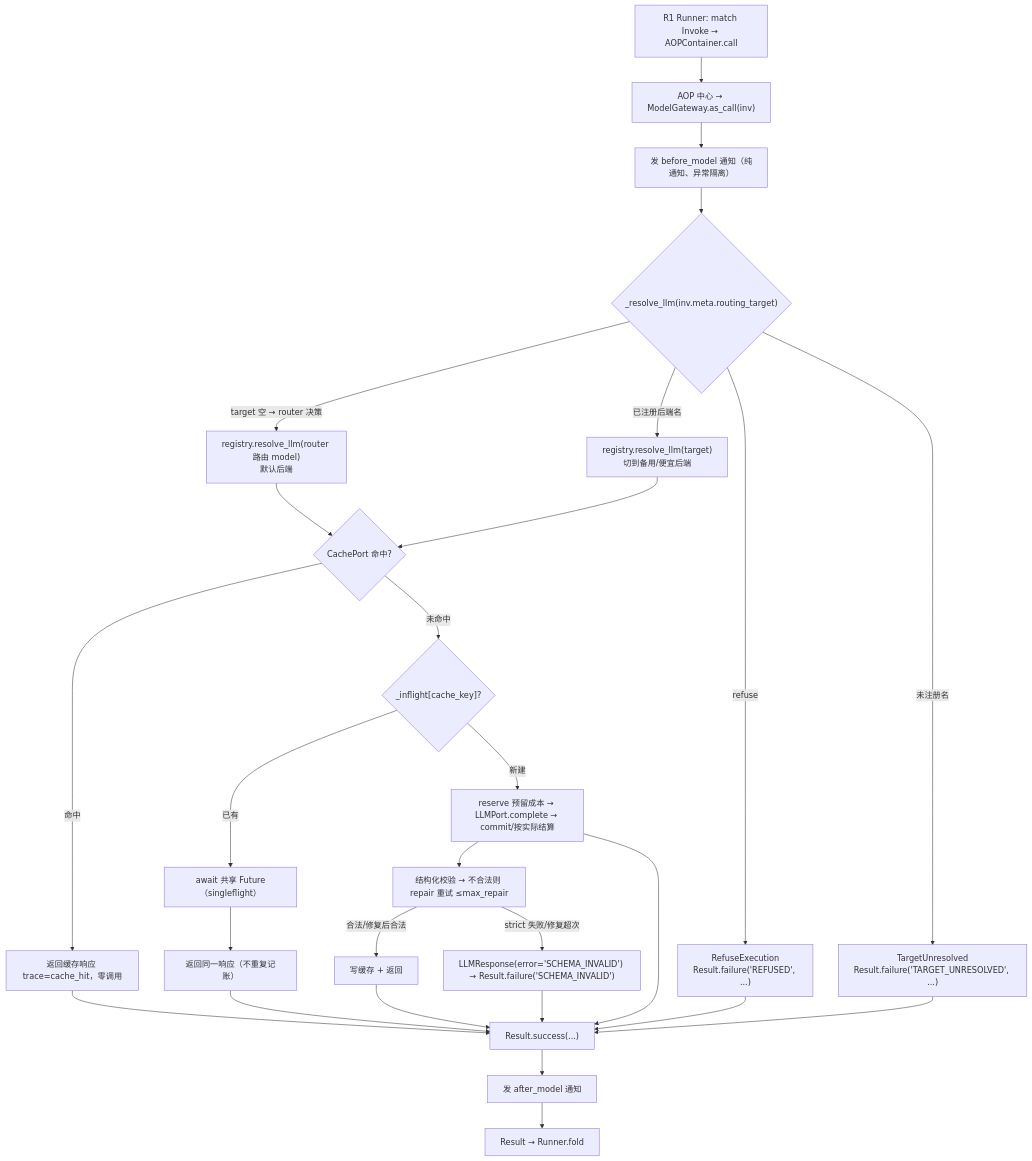
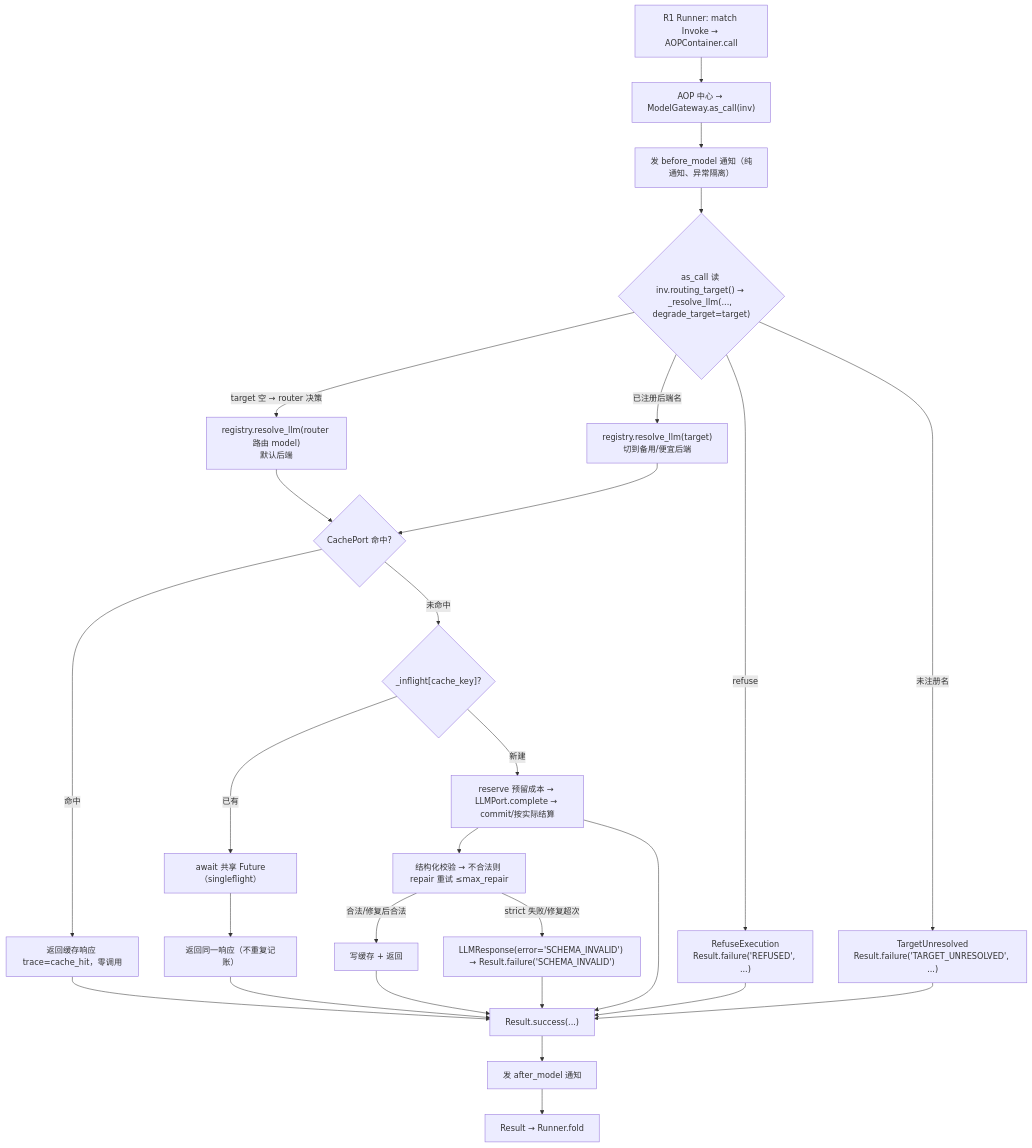
Before and after one commit to sao-lang/lll: the diagram in docs/02-模块详设/Agent/R4-模型与推理.md, drawn with Mermaid. The commit also changed other lines of this file and 32 other files, not shown here.

First line of the commit message:
fix(all): R1-R7 设计审查修复与链路图全量校准

````diff
--- a/docs/02-模块详设/Agent/R4-模型与推理.md
+++ b/docs/02-模块详设/Agent/R4-模型与推理.md
@@ -86,29 +86,29 @@
 ```mermaid
 flowchart TD
     A["R1 Runner: match Invoke → AOPContainer.call"] --> B["AOP 中心 → ModelGateway.as_call(inv)"]
     B --> BEFORE["发 before_model 通知（纯通知、异常隔离）"]
-    BEFORE --> T{"_resolve_llm(inv.meta.routing_target)"}
+    BEFORE --> T{"as_call 读 inv.routing_target() → _resolve_llm(..., degrade_target=target)"}
     T -->|"target 空 → router 决策"| H["registry.resolve_llm(router 路由 model)<br/>默认后端"]
     T -->|"已注册后端名"| I["registry.resolve_llm(target)<br/>切到备用/便宜后端"]
     T -->|"refuse"| J["RefuseExecution<br/>Result.failure('REFUSED', ...)"]
     T -->|"未注册名"| K["TargetUnresolved<br/>Result.failure('TARGET_UNRESOLVED', ...)"]
     H --> L{"CachePort 命中?"}
     I --> L
     L -->|命中| M["返回缓存响应 trace=cache_hit，零调用"]
     L -->|未命中| SF{"_inflight[cache_key]?"}
     SF -->|已有| WAIT["await 共享 Future（singleflight）"]
     SF -->|新建| M2["reserve 预留成本 → LLMPort.complete → commit/按实际结算"]
     M2 --> O["结构化校验 → 不合法则 repair 重试 ≤max_repair"]
     WAIT --> R["返回同一响应（不重复记账）"]
     O -->|合法/修复后合法| P["写缓存 + 返回"]
     O -->|"strict 失败/修复超次"| Q["LLMResponse(error='SCHEMA_INVALID') → Result.failure('SCHEMA_INVALID')"]
     M --> R2["Result.success(...)"]
     P --> R2
     M2 --> R2
     Q --> R2
     J --> R2
     K --> R2
     R --> R2
     R2 --> AFTER["发 after_model 通知"]
     AFTER --> Z["Result → Runner.fold"]
 ```
````
